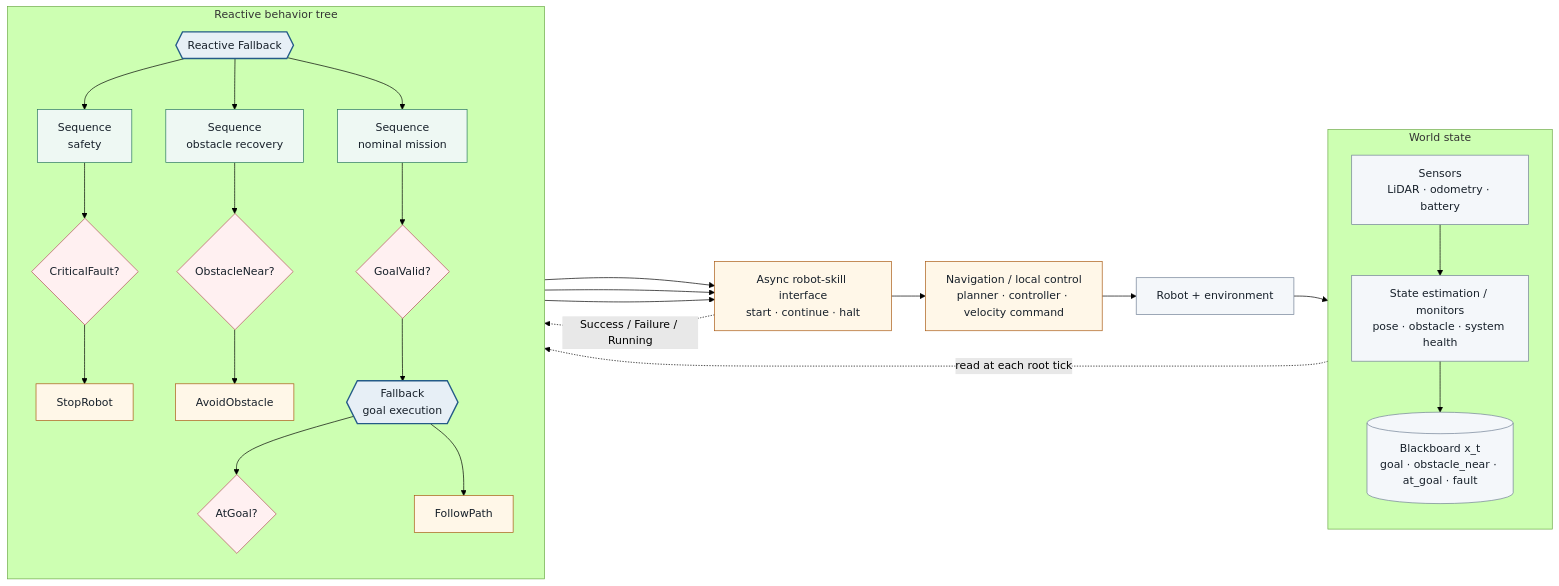
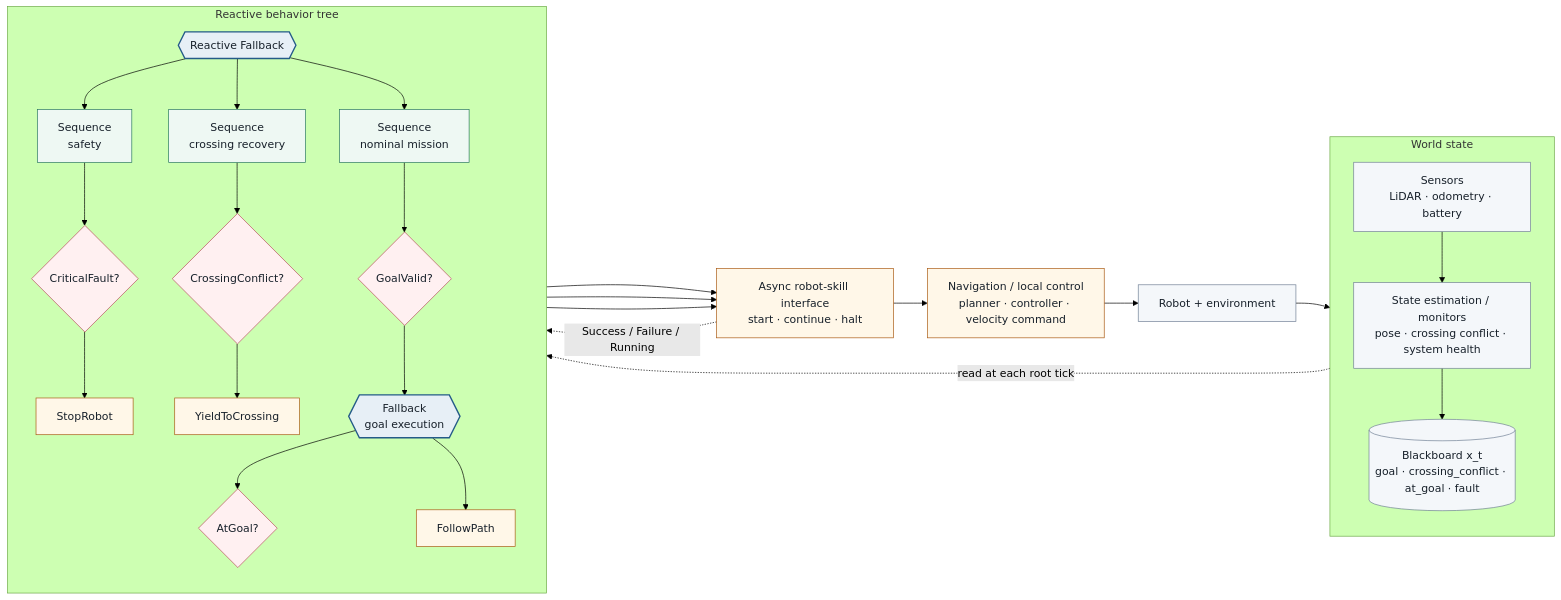
One commit to nobel-ai-tests/behavior-trees-autonomy changed the first of 2 diagrams in topics/behavior-tree-foundations.md. Above: the diagram before and after it, drawn with Mermaid (forest theme). The commit also changed other lines of this file, not shown here.

````diff
--- a/topics/behavior-tree-foundations.md
+++ b/topics/behavior-tree-foundations.md
@@ -22,48 +22,48 @@
 ```mermaid
 flowchart LR
   subgraph STATE["World state"]
     direction TB
-    SENS["Sensors<br/>LiDAR · odometry · battery"] --> EST["State estimation / monitors<br/>pose · obstacle · system health"]
-    EST --> BB[("Blackboard x_t<br/>goal · obstacle_near · at_goal · fault")]
+    SENS["Sensors<br/>LiDAR · odometry · battery"] --> EST["State estimation / monitors<br/>pose · crossing conflict · system health"]
+    EST --> BB[("Blackboard x_t<br/>goal · crossing_conflict · at_goal · fault")]
   end
 
   subgraph BT["Reactive behavior tree"]
     direction TB
     ROOT{{"Reactive Fallback"}}
 
     ROOT --> SAFE["Sequence<br/>safety"]
     SAFE --> FAULT{"CriticalFault?"}
     FAULT --> STOP["StopRobot"]
 
-    ROOT --> OBS["Sequence<br/>obstacle recovery"]
-    OBS --> OC{"ObstacleNear?"}
-    OC --> AVOID["AvoidObstacle"]
+    ROOT --> CROSS["Sequence<br/>crossing recovery"]
+    CROSS --> CC{"CrossingConflict?"}
+    CC --> YIELD["YieldToCrossing"]
 
     ROOT --> MISSION["Sequence<br/>nominal mission"]
     MISSION --> GV{"GoalValid?"}
     GV --> EXEC{{"Fallback<br/>goal execution"}}
     EXEC --> AT{"AtGoal?"}
     EXEC --> FOLLOW["FollowPath"]
   end
 
   BB -. "read at each root tick" .-> ROOT
   STOP --> SKILLS["Async robot-skill interface<br/>start · continue · halt"]
-  AVOID --> SKILLS
+  YIELD --> SKILLS
   FOLLOW --> SKILLS
   SKILLS --> NAV["Navigation / local control<br/>planner · controller · velocity command"]
   NAV --> ROBOT["Robot + environment"]
   ROBOT --> SENS
   SKILLS -. "Success / Failure / Running" .-> ROOT
 
   classDef control fill:#e7eff6,stroke:#245b88,color:#17202a,stroke-width:2px;
   classDef sequence fill:#eef8f3,stroke:#28775f,color:#17202a;
   classDef condition fill:#fff0f1,stroke:#b84d5d,color:#17202a;
   classDef action fill:#fff7e8,stroke:#a95a13,color:#17202a;
   classDef data fill:#f4f7fa,stroke:#718096,color:#17202a;
 
   class ROOT,EXEC control;
-  class SAFE,OBS,MISSION sequence;
-  class FAULT,OC,GV,AT condition;
-  class STOP,AVOID,FOLLOW,SKILLS,NAV action;
+  class SAFE,CROSS,MISSION sequence;
+  class FAULT,CC,GV,AT condition;
+  class STOP,YIELD,FOLLOW,SKILLS,NAV action;
   class SENS,EST,BB,ROBOT data;
 ```
````
